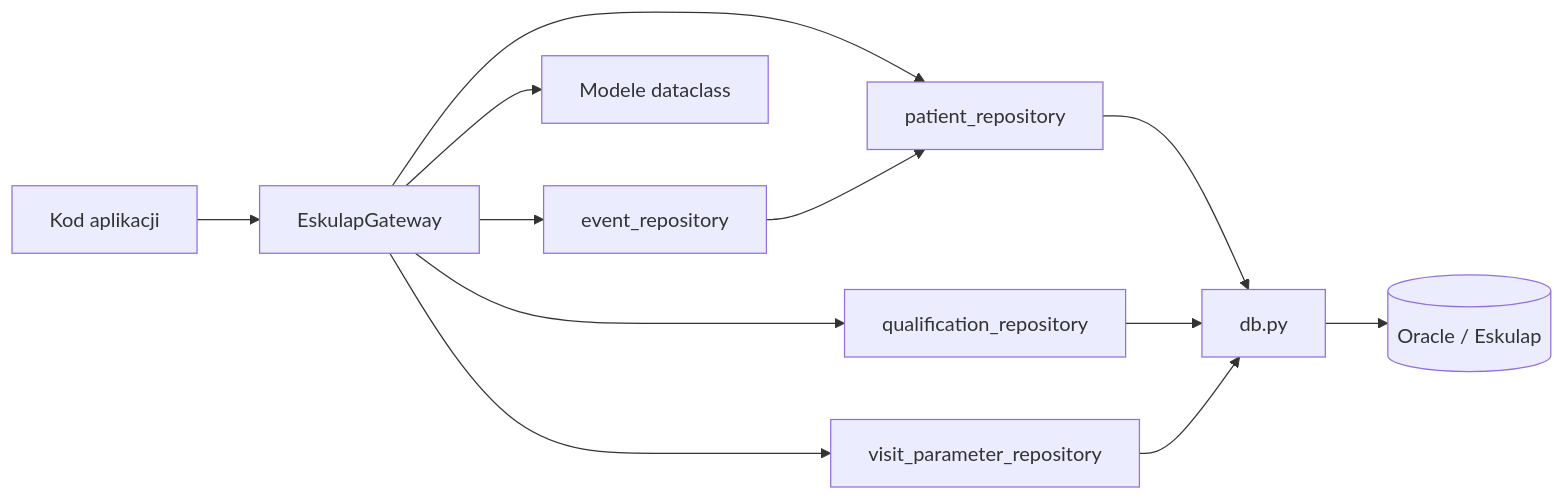
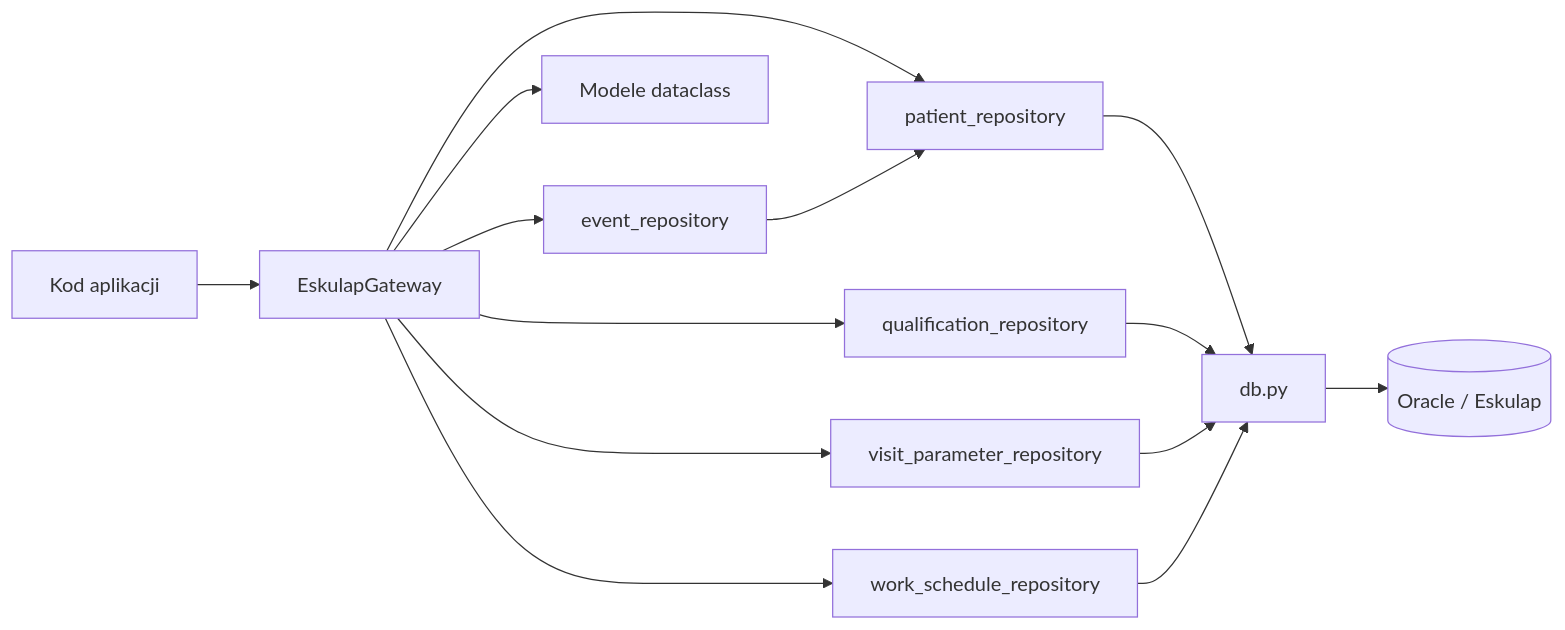
The diagram in docs/API/ESKULAP_GATEWAY.md (psychlodz/panel-koordynatora), drawn with Mermaid before and after one commit. The commit also changed other lines of this file and 10 other files, not shown here.

````diff
--- a/docs/API/ESKULAP_GATEWAY.md
+++ b/docs/API/ESKULAP_GATEWAY.md
@@ -18,14 +18,16 @@
 ```mermaid
 flowchart LR
     C["Kod aplikacji"] --> G["EskulapGateway"]
     G --> P["patient_repository"]
     G --> Q["qualification_repository"]
     G --> E["event_repository"]
     G --> V["visit_parameter_repository"]
+    G --> S["work_schedule_repository"]
     P --> D["db.py"]
     Q --> D
     E --> P
     V --> D
+    S --> D
     D --> O[("Oracle / Eskulap")]
     G --> M["Modele dataclass"]
 ```
````
